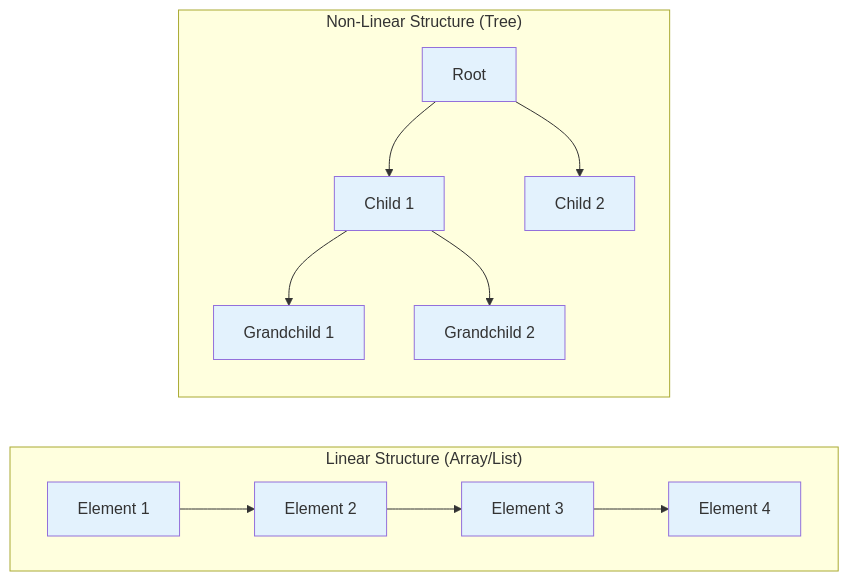
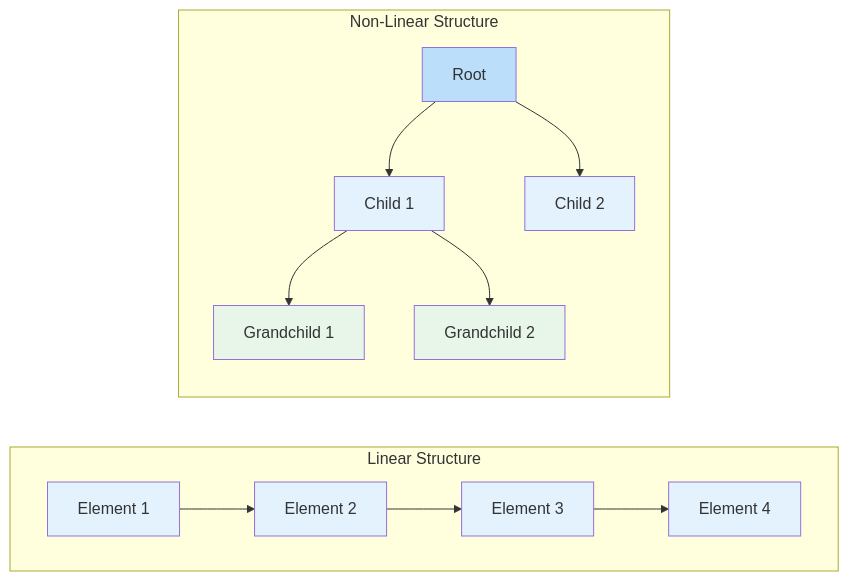
Before and after one commit to su-ntu-sctp/ai-3.5-data-structures-and-algorithms-p2: the fourth of 7 diagrams in lesson.md, drawn with Mermaid. The commit also changed other lines of this file and 3 other files, not shown here.

````diff
--- a/lesson.md
+++ b/lesson.md
@@ -69,33 +332,33 @@
 ```mermaid
 graph LR
-    subgraph Linear["Linear Structure (Array/List)"]
+    subgraph Linear["Linear Structure"]
         direction LR
         L1[Element 1] --> L2[Element 2]
         L2 --> L3[Element 3]
         L3 --> L4[Element 4]
     end
 
-    subgraph NonLinear["Non-Linear Structure (Tree)"]
+    subgraph NonLinear["Non-Linear Structure"]
         direction TB
         NL1[Root]
         NL2[Child 1]
         NL3[Child 2]
         NL4[Grandchild 1]
         NL5[Grandchild 2]
 
         NL1 --> NL2
         NL1 --> NL3
         NL2 --> NL4
         NL2 --> NL5
     end
 
     style L1 fill:#e3f2fd
     style L2 fill:#e3f2fd
     style L3 fill:#e3f2fd
     style L4 fill:#e3f2fd
-    style NL1 fill:#e3f2fd
+    style NL1 fill:#bbdefb
     style NL2 fill:#e3f2fd
     style NL3 fill:#e3f2fd
-    style NL4 fill:#e3f2fd
-    style NL5 fill:#e3f2fd
+    style NL4 fill:#e8f5e9
+    style NL5 fill:#e8f5e9
 ```
````
